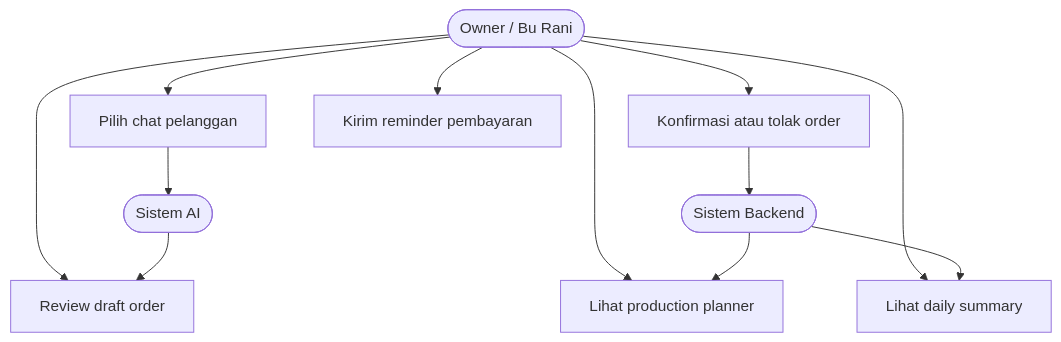
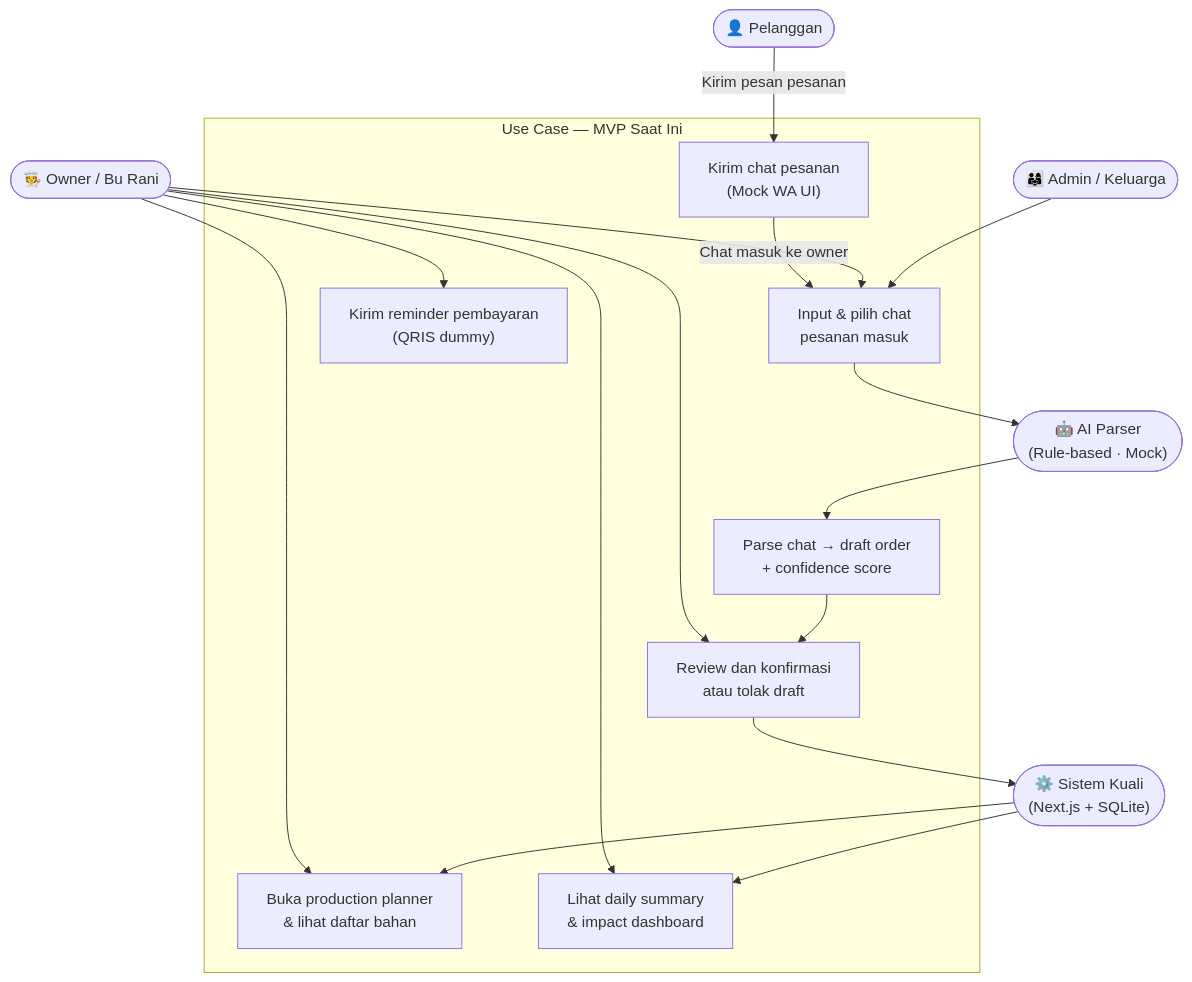
One commit to codezeros18/kuali changed the first of 5 diagrams in docs/proposal/99_FINAL_PROPOSAL_SUBMISSION.md. Above: the diagram before and after it, drawn with Mermaid. The commit also changed other lines of this file and 12 other files, not shown here.

````diff
--- a/docs/proposal/99_FINAL_PROPOSAL_SUBMISSION.md
+++ b/docs/proposal/99_FINAL_PROPOSAL_SUBMISSION.md
@@ -369,19 +371,34 @@
 ```mermaid
-graph TD
-    Owner([Owner / Bu Rani])
-    AI([Sistem AI])
-    Backend([Sistem Backend])
+flowchart TD
+    Pelanggan(["👤 Pelanggan"])
+    Owner(["🧑‍🍳 Owner / Bu Rani"])
+    Admin(["👨‍👩‍👧 Admin / Keluarga"])
+    AIParser(["🤖 AI Parser\n(Rule-based · Mock)"])
+    KualiSys(["⚙️ Sistem Kuali\n(Next.js + SQLite)"])
 
-    Owner --> UC1[Pilih chat pelanggan]
-    Owner --> UC2[Review draft order]
-    Owner --> UC3[Konfirmasi atau tolak order]
-    Owner --> UC4[Lihat production planner]
-    Owner --> UC5[Kirim reminder pembayaran]
-    Owner --> UC6[Lihat daily summary]
+    subgraph UseCaseMVP["Use Case — MVP Saat Ini"]
+        UC0["Kirim chat pesanan\n(Mock WA UI)"]
+        UC1["Input & pilih chat\npesanan masuk"]
+        UC2["Parse chat → draft order\n+ confidence score"]
+        UC3["Review dan konfirmasi\natau tolak draft"]
+        UC4["Kirim reminder pembayaran\n(QRIS dummy)"]
+        UC5["Buka production planner\n& lihat daftar bahan"]
+        UC6["Lihat daily summary\n& impact dashboard"]
+    end
 
-    UC1 --> AI
-    AI --> UC2
-    UC3 --> Backend
-    Backend --> UC4
-    Backend --> UC6
+    Pelanggan -->|"Kirim pesan pesanan"| UC0
+    UC0 -->|"Chat masuk ke owner"| UC1
+    Owner --> UC1
+    Admin --> UC1
+    Owner --> UC3
+    Owner --> UC4
+    Owner --> UC5
+    Owner --> UC6
+
+    UC1 --> AIParser
+    AIParser --> UC2
+    UC2 --> UC3
+    UC3 --> KualiSys
+    KualiSys --> UC5
+    KualiSys --> UC6
 ```
````
